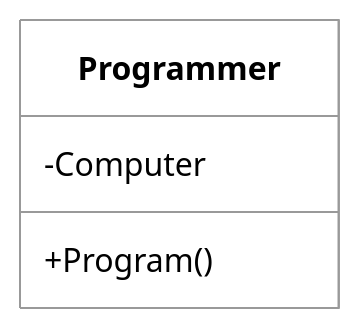
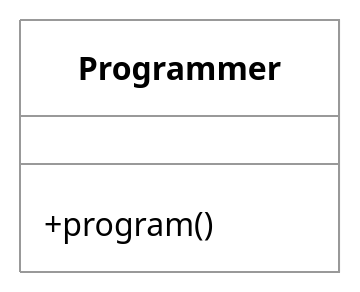
The sixth of 8 diagrams in instruction/object-oriented-design/object-oriented-design.md (byucsstudent/cs240v2), drawn with Mermaid before and after one commit. The commit also changed other lines of this file, not shown here.

Commit message:
Lee Jensen - update(Object Oriented Design)

````diff
--- a/instruction/object-oriented-design/object-oriented-design.md
+++ b/instruction/object-oriented-design/object-oriented-design.md
@@ -168,9 +168,8 @@
 ```mermaid
 %%{init: { 'theme': 'neutral', 'themeVariables': { 'mainBkg': '#ffffff', 'lineColor': '#000000', 'primaryTextColor': '#000000' } }}%%
 
 classDiagram
     class Programmer {
-        -Computer
-        +Program()
+        +program()
     }
 ```
````
